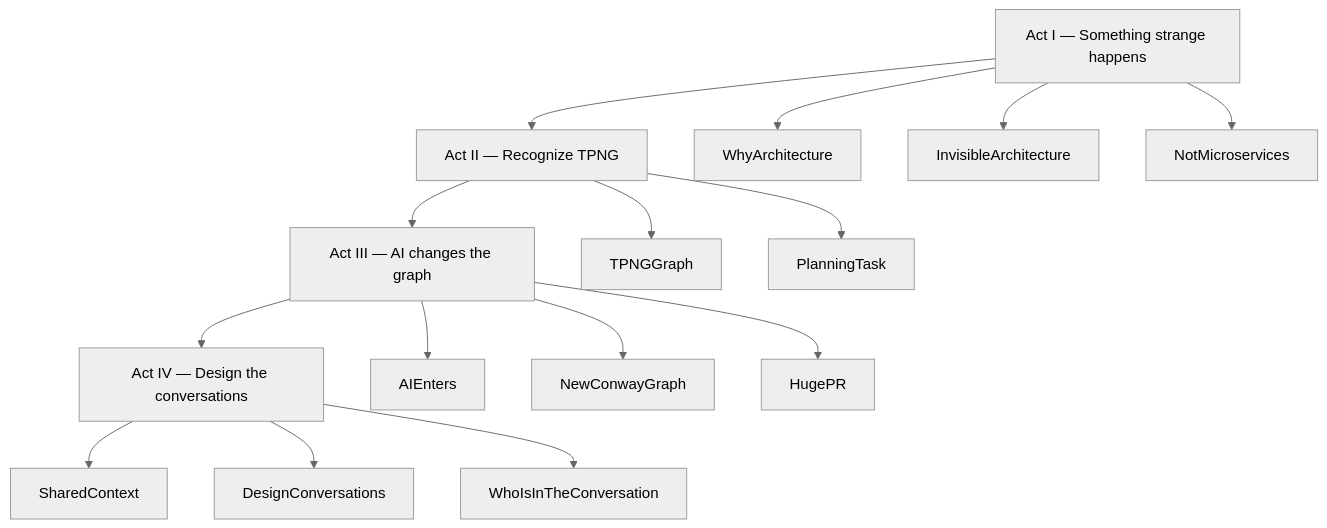
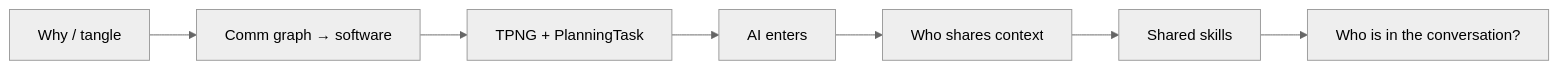
Before and after one commit to rodrigocesar/manim-slides: the diagram in presentations/conways-law/NARRATIVE.md, drawn with Mermaid (neutral theme). The commit also changed other lines of this file and 72 other files, not shown here.

````diff
--- a/presentations/conways-law/NARRATIVE.md
+++ b/presentations/conways-law/NARRATIVE.md
@@ -11,21 +11,9 @@
 ```mermaid
-flowchart TD
-  A1["Act I — Something strange happens"] --> A2["Act II — Recognize TPNG"]
-  A2 --> A3["Act III — AI changes the graph"]
-  A3 --> A4["Act IV — Design the conversations"]
-
-  A1 --> S1[WhyArchitecture]
-  A1 --> S2[InvisibleArchitecture]
-  A1 --> S3[NotMicroservices]
-
-  A2 --> S4[TPNGGraph]
-  A2 --> S5[PlanningTask]
-
-  A3 --> S6[AIEnters]
-  A3 --> S7[NewConwayGraph]
-  A3 --> S8[HugePR]
-
-  A4 --> S9[SharedContext]
-  A4 --> S10[DesignConversations]
-  A4 --> S11[WhoIsInTheConversation]
+flowchart LR
+  A[Why / tangle] --> B[Comm graph → software]
+  B --> C[TPNG + PlanningTask]
+  C --> D[AI enters]
+  D --> E[Who shares context]
+  E --> F[Shared skills]
+  F --> G[Who is in the conversation?]
 ```
````
